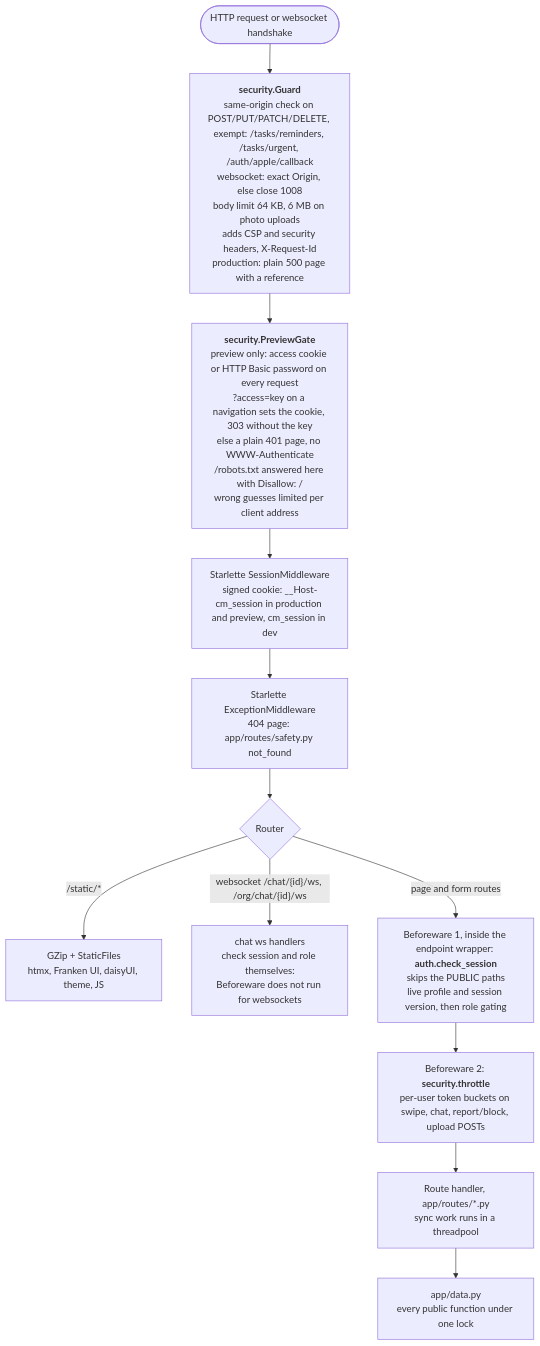
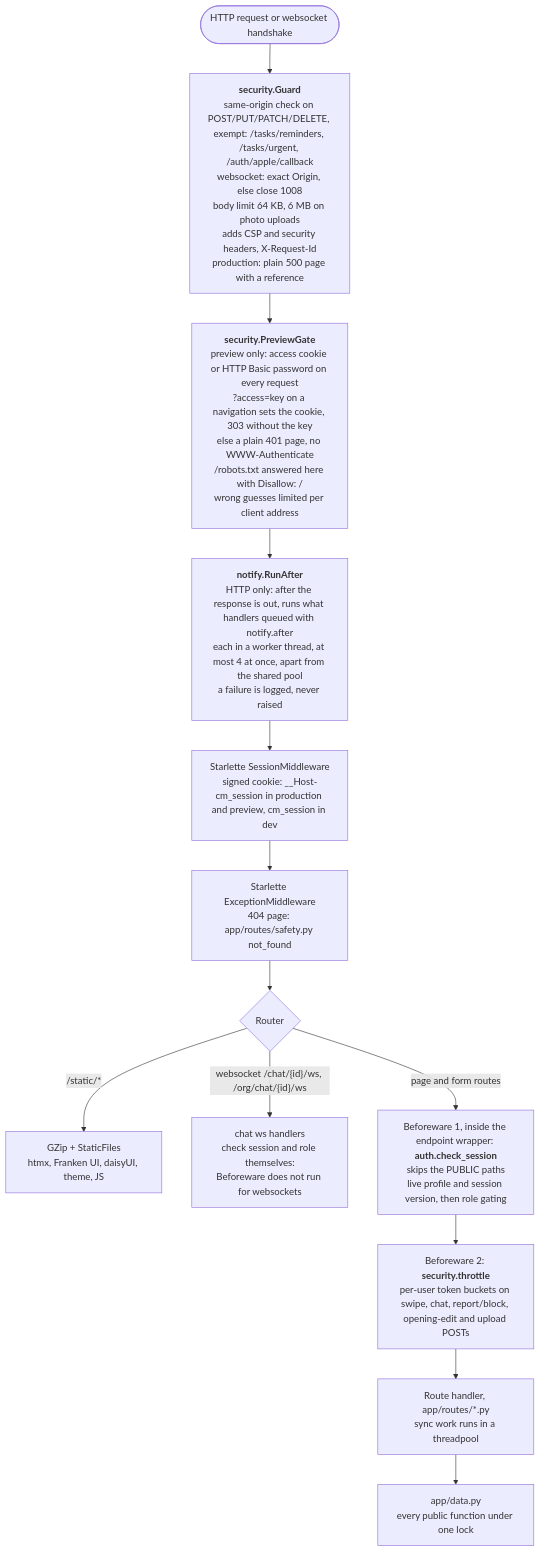
Diagram 11 of 26 in docs/ARCHITECTURE.md (slegroux/causematch), drawn with Mermaid before and after one commit. The commit also changed other lines of this file, not shown here.

First line of the commit message:
Architecture doc: a C4 tour on top, the reference below, up to date with main through #40 (#21)

````diff
--- a/docs/ARCHITECTURE.md
+++ b/docs/ARCHITECTURE.md
@@ -154,17 +551,18 @@
 ```mermaid
 flowchart TD
     req(["HTTP request or websocket handshake"]) --> guard
     guard["<b>security.Guard</b><br/>same-origin check on POST/PUT/PATCH/DELETE, exempt: /tasks/reminders, /tasks/urgent, /auth/apple/callback<br/>websocket: exact Origin, else close 1008<br/>body limit 64 KB, 6 MB on photo uploads<br/>adds CSP and security headers, X-Request-Id<br/>production: plain 500 page with a reference"]
     guard --> gate
     gate["<b>security.PreviewGate</b><br/>preview only: access cookie or HTTP Basic password on every request<br/>?access=key on a navigation sets the cookie, 303 without the key<br/>else a plain 401 page, no WWW-Authenticate<br/>/robots.txt answered here with Disallow: /<br/>wrong guesses limited per client address"]
-    gate --> sess["Starlette SessionMiddleware<br/>signed cookie: __Host-cm_session in production and preview, cm_session in dev"]
+    gate --> after["<b>notify.RunAfter</b><br/>HTTP only: after the response is out, runs what handlers queued with notify.after<br/>each in a worker thread, at most 4 at once, apart from the shared pool<br/>a failure is logged, never raised"]
+    after --> sess["Starlette SessionMiddleware<br/>signed cookie: __Host-cm_session in production and preview, cm_session in dev"]
     sess --> exc["Starlette ExceptionMiddleware<br/>404 page: app/routes/safety.py not_found"]
     exc --> router{"Router"}
     router -- "/static/*" --> static["GZip + StaticFiles<br/>htmx, Franken UI, daisyUI, theme, JS"]
     router -- "websocket /chat/{id}/ws, /org/chat/{id}/ws" --> ws["chat ws handlers<br/>check session and role themselves:<br/>Beforeware does not run for websockets"]
     router -- "page and form routes" --> bw
     bw["Beforeware 1, inside the endpoint wrapper: <b>auth.check_session</b><br/>skips the PUBLIC paths<br/>live profile and session version, then role gating"]
-    bw --> thr["Beforeware 2: <b>security.throttle</b><br/>per-user token buckets on swipe, chat, report/block, upload POSTs"]
+    bw --> thr["Beforeware 2: <b>security.throttle</b><br/>per-user token buckets on swipe, chat, report/block, opening-edit and upload POSTs"]
     thr --> handler["Route handler, app/routes/*.py<br/>sync work runs in a threadpool"]
     handler --> data["app/data.py<br/>every public function under one lock"]
 ```
````
